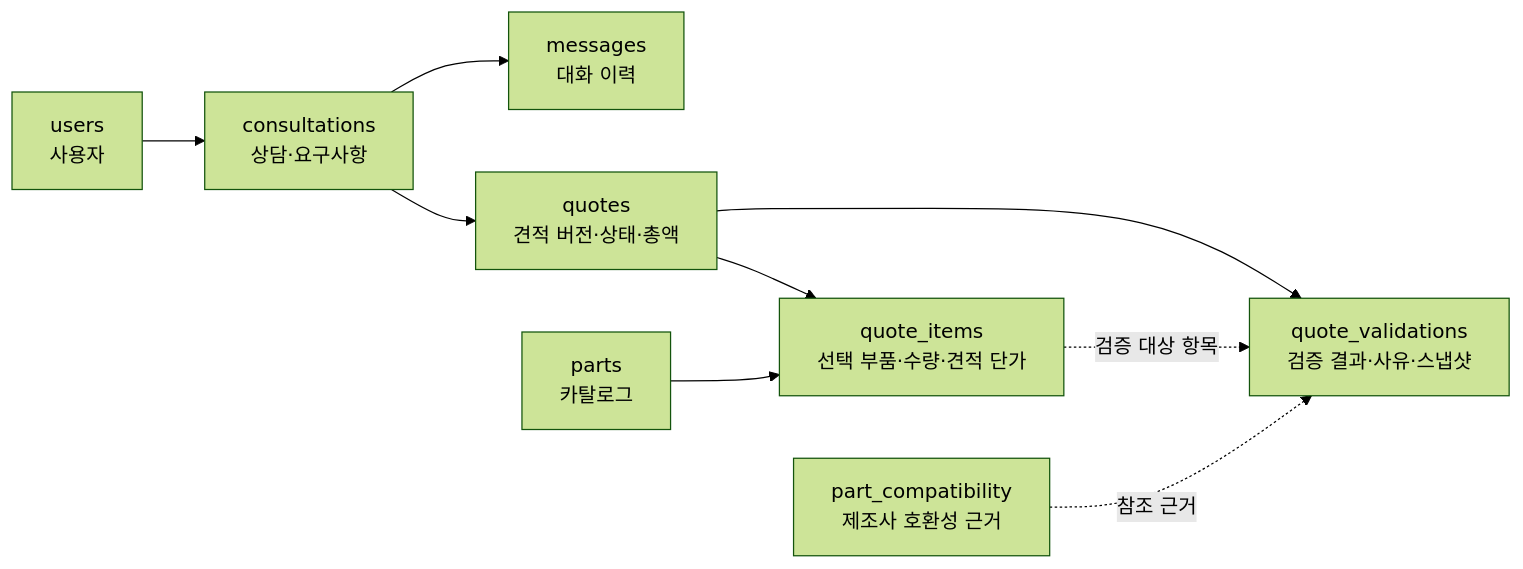
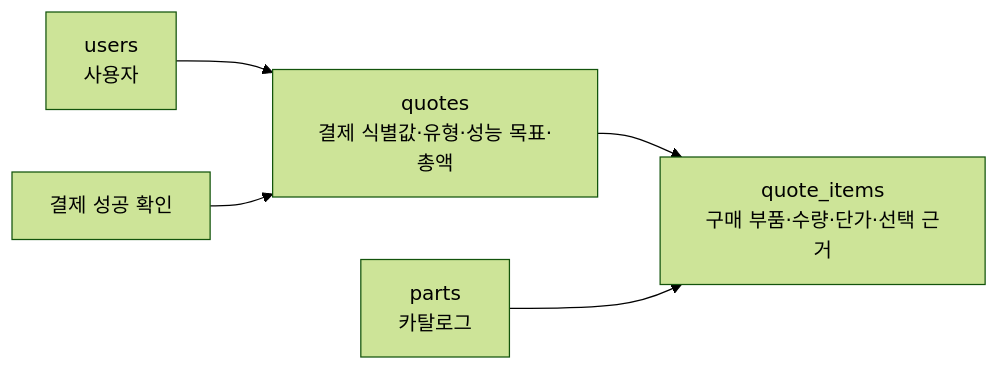
Before and after one commit to SKNETWORKS-FAMILY-AICAMP/SKN35-FINAL-6TEAM: the second of 2 diagrams in docs/database/FLOW.md, drawn with Mermaid (forest theme). The commit also changed other lines of this file and 15 other files, not shown here.

````diff
--- a/docs/database/FLOW.md
+++ b/docs/database/FLOW.md
@@ -23,11 +23,7 @@
 ```mermaid
 flowchart LR
-    users["users<br/>사용자"] --> consultations["consultations<br/>상담·요구사항"]
-    consultations --> messages["messages<br/>대화 이력"]
-    consultations --> quotes["quotes<br/>견적 버전·상태·총액"]
-    quotes --> items["quote_items<br/>선택 부품·수량·견적 단가"]
+    users["users<br/>사용자"] --> quotes["quotes<br/>결제 식별값·유형·성능 목표·총액"]
+    payment["결제 성공 확인"] --> quotes
+    quotes --> items["quote_items<br/>구매 부품·수량·단가·선택 근거"]
     parts["parts<br/>카탈로그"] --> items
-    quotes --> result["quote_validations<br/>검증 결과·사유·스냅샷"]
-    items -. 검증 대상 항목 .-> result
-    evidence["part_compatibility<br/>제조사 호환성 근거"] -. 참조 근거 .-> result
 ```
````
